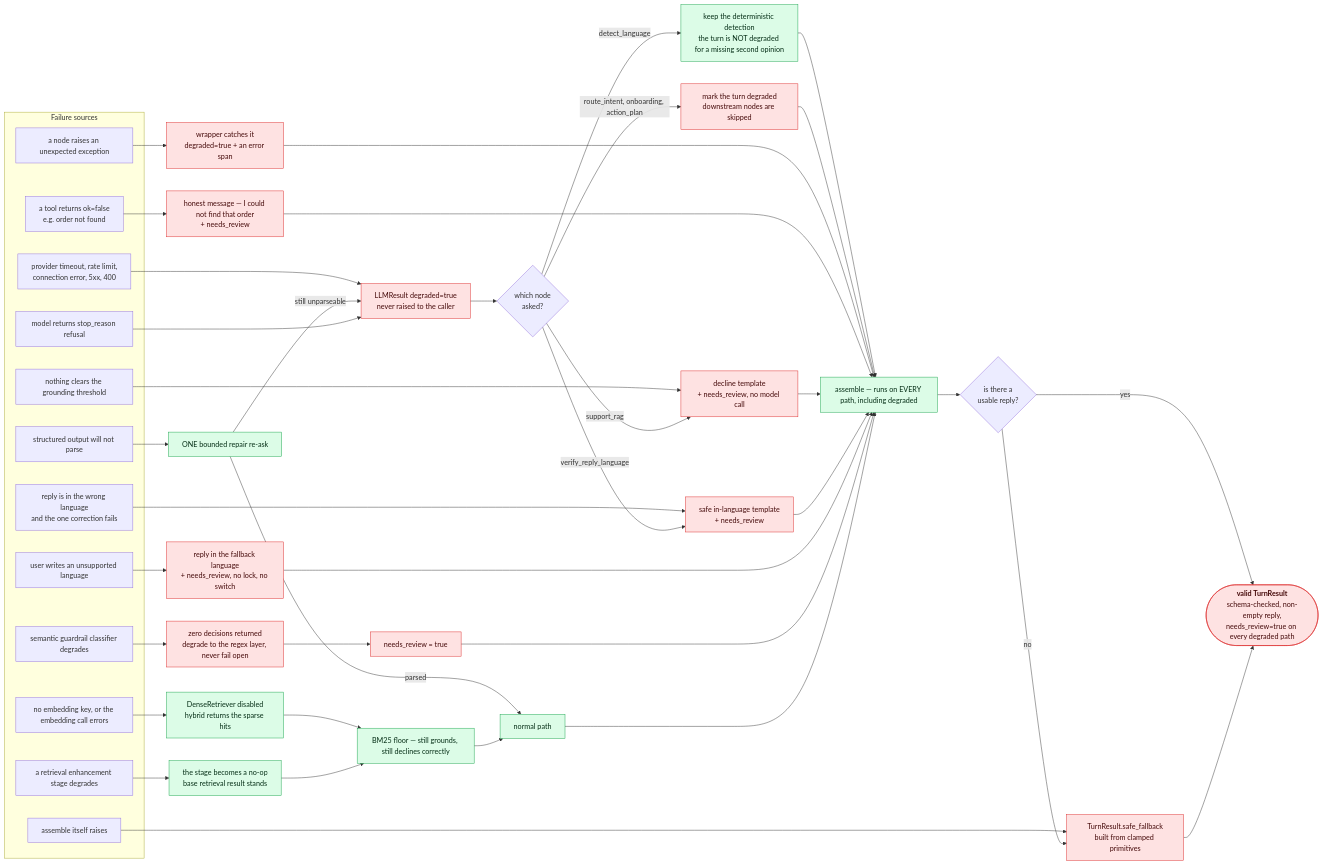
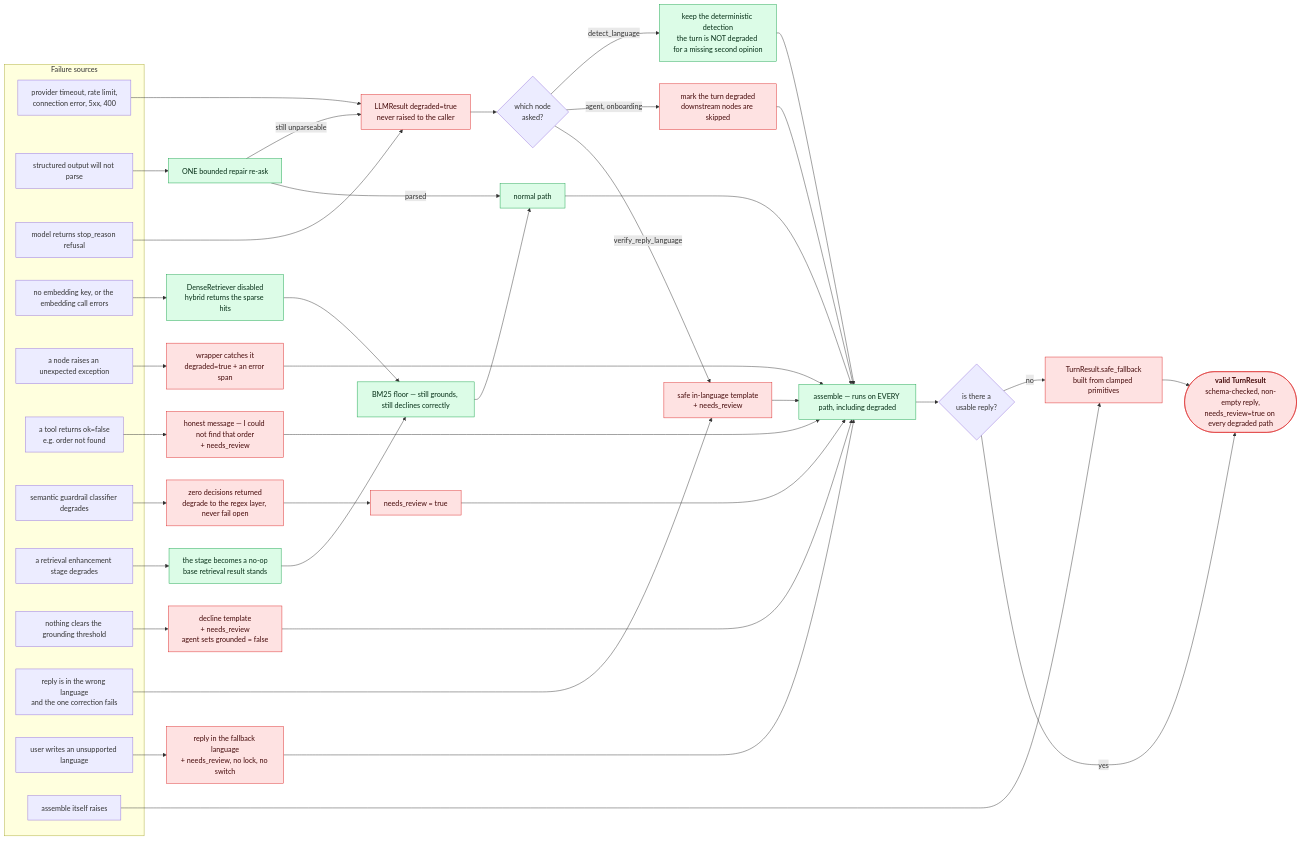
Before and after one commit to Deyber2000/zapp-ai-agent: the fourth of 6 diagrams in docs/system-flow.md, drawn with Mermaid. The commit also changed other lines of this file and 7 other files, not shown here.

Commit message:
docs: reconcile to the agent core + component map & refreshed layer diagrams

````diff
--- a/docs/system-flow.md
+++ b/docs/system-flow.md
@@ -228,64 +226,63 @@
 ```mermaid
 flowchart LR
     subgraph fails["Failure sources"]
         F1["provider timeout, rate limit,<br/>connection error, 5xx, 400"]
         F2["structured output will not parse"]
         F3["model returns stop_reason refusal"]
         F4["no embedding key, or the embedding call errors"]
         F5["a node raises an unexpected exception"]
         F6["a tool returns ok=false<br/>e.g. order not found"]
         F7["semantic guardrail classifier degrades"]
         F8["a retrieval enhancement stage degrades"]
         F9["nothing clears the grounding threshold"]
         F10["reply is in the wrong language<br/>and the one correction fails"]
         F11["user writes an unsupported language"]
         F12["assemble itself raises"]
     end
 
     F1 --> H1["LLMResult degraded=true<br/>never raised to the caller"]
     F2 --> H2["ONE bounded repair re-ask"]
     H2 -->|"still unparseable"| H1
     H2 -->|"parsed"| GOOD
     F3 --> H1
     F4 --> H4["DenseRetriever disabled<br/>hybrid returns the sparse hits"]
     F5 --> H5["wrapper catches it<br/>degraded=true + an error span"]
     F6 --> H6["honest message — I could not find that order<br/>+ needs_review"]
     F7 --> H7["zero decisions returned<br/>degrade to the regex layer, never fail open"]
     F8 --> H8["the stage becomes a no-op<br/>base retrieval result stands"]
-    F9 --> H9["decline template<br/>+ needs_review, no model call"]
+    F9 --> H9["decline template<br/>+ needs_review<br/>agent sets grounded = false"]
     F10 --> H10["safe in-language template<br/>+ needs_review"]
     F11 --> H11["reply in the fallback language<br/>+ needs_review, no lock, no switch"]
     F12 --> H12["TurnResult.safe_fallback<br/>built from clamped primitives"]
 
     H1 --> ROUTE{"which node<br/>asked?"}
     ROUTE -->|"detect_language"| KEEP["keep the deterministic detection<br/>the turn is NOT degraded for a missing second opinion"]
-    ROUTE -->|"route_intent, onboarding, action_plan"| DEG["mark the turn degraded<br/>downstream nodes are skipped"]
-    ROUTE -->|"support_rag"| H9
+    ROUTE -->|"agent, onboarding"| DEG["mark the turn degraded<br/>downstream nodes are skipped"]
     ROUTE -->|"verify_reply_language"| H10
 
     H4 --> BM["BM25 floor — still grounds, still declines correctly"]
     H8 --> BM
 
     KEEP --> ASM
     DEG --> ASM
     BM --> GOOD
     H5 --> ASM
     H6 --> ASM
     H7 --> RVW["needs_review = true"]
     H9 --> ASM
     H10 --> ASM
     H11 --> ASM
     RVW --> ASM
     GOOD["normal path"] --> ASM
 
     ASM["assemble — runs on EVERY path, including degraded"]
     ASM --> NOREPLY{"is there a<br/>usable reply?"}
     NOREPLY -->|no| H12
     NOREPLY -->|yes| VALID
     H12 --> VALID(["<b>valid TurnResult</b><br/>schema-checked, non-empty reply,<br/>needs_review=true on every degraded path"])
 
     classDef det fill:#dcfce7,stroke:#16a34a,color:#052e16;
     classDef safe fill:#fee2e2,stroke:#dc2626,color:#450a0a;
     class H2,H4,H8,BM,GOOD,ASM,KEEP det;
     class H1,H5,H6,H7,H9,H10,H11,H12,DEG,RVW,VALID safe;
 ```
````
